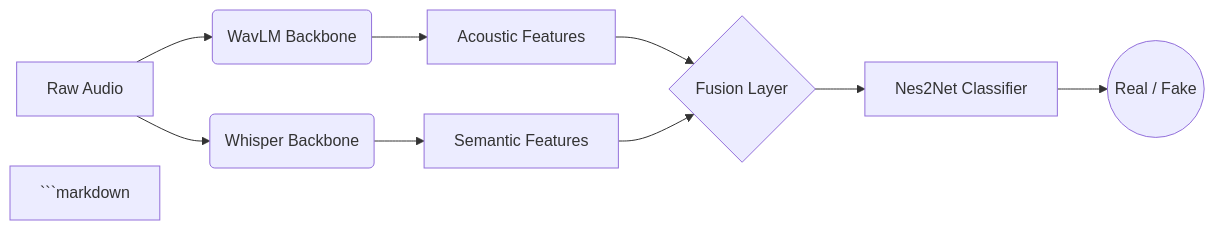
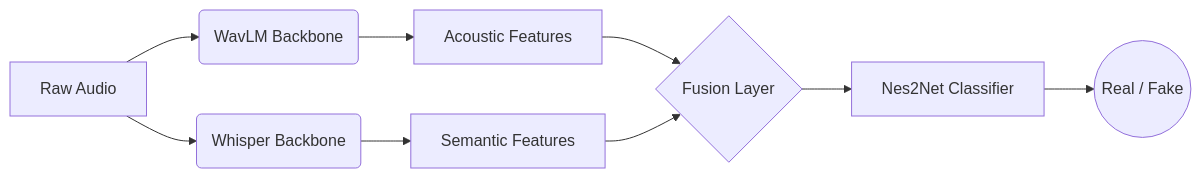
The diagram in README.md (RoyNaor/Deepfake-Detection-Project), drawn with Mermaid before and after one commit.

Commit message:
Clean up README by removing unused markdown
Removed unnecessary markdown code block from README.

````diff
--- a/README.md
+++ b/README.md
@@ -17,13 +17,11 @@
 ```mermaid
 graph LR
     A[Raw Audio] --> B(WavLM Backbone)
     A --> C(Whisper Backbone)
     B --> D[Acoustic Features]
     C --> E[Semantic Features]
     D --> F{Fusion Layer}
     E --> F
     F --> G[Nes2Net Classifier]
     G --> H((Real / Fake))
-```markdown
-
 ```
````
